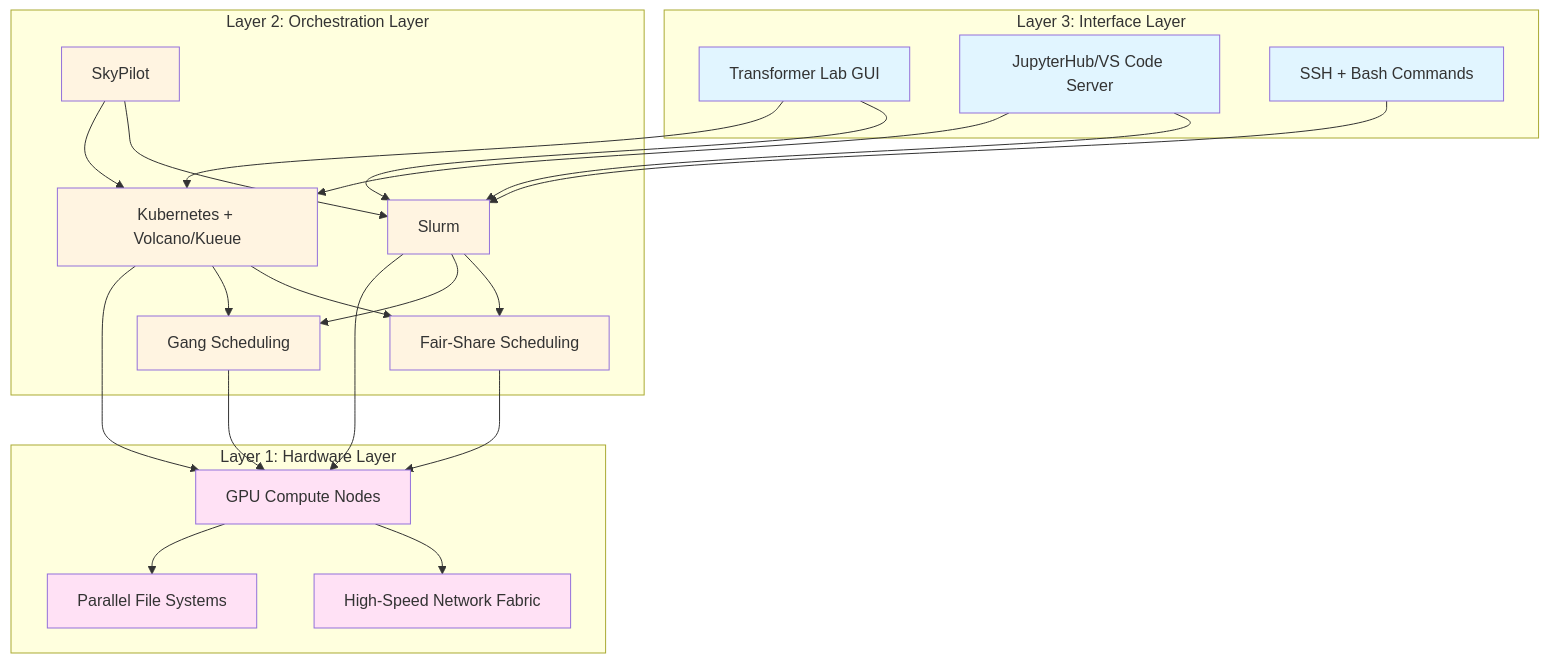
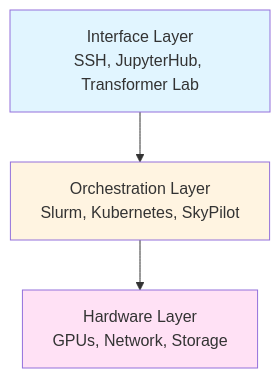
One commit to transformerlab/build-a-machine-learning-research-cluster changed the diagram in chapters/01-foundation.md. Above: the diagram before and after it, drawn with Mermaid. The commit also changed other lines of this file, not shown here.

Commit message:
simplify chapter 1

````diff
--- a/chapters/01-foundation.md
+++ b/chapters/01-foundation.md
@@ -60,52 +60,13 @@
 ```mermaid
 graph TB
-    subgraph "Layer 3: Interface Layer"
-        A[Transformer Lab GUI]
-        B[JupyterHub/VS Code Server]
-        C[SSH + Bash Commands]
-    end
+    A[Interface Layer<br/>SSH, JupyterHub, Transformer Lab]
+    B[Orchestration Layer<br/>Slurm, Kubernetes, SkyPilot]
+    C[Hardware Layer<br/>GPUs, Network, Storage]
     
-    subgraph "Layer 2: Orchestration Layer"
-        D[Slurm]
-        E[Kubernetes + Volcano/Kueue]
-        F[SkyPilot]
-        G[Fair-Share Scheduling]
-        H[Gang Scheduling]
-    end
-    
-    subgraph "Layer 1: Hardware Layer"
-        I[GPU Compute Nodes]
-        J[High-Speed Network Fabric]
-        K[Parallel File Systems]
-    end
-    
-    A --> D
-    A --> E
-    B --> D
-    B --> E
-    C --> D
-    D --> G
-    D --> H
-    E --> G
-    E --> H
-    F --> D
-    F --> E
-    G --> I
-    H --> I
-    D --> I
-    E --> I
-    I --> J
-    I --> K
+    A --> B
+    B --> C
     
     style A fill:#e1f5ff
-    style B fill:#e1f5ff
-    style C fill:#e1f5ff
-    style D fill:#fff4e1
-    style E fill:#fff4e1
-    style F fill:#fff4e1
-    style G fill:#fff4e1
-    style H fill:#fff4e1
-    style I fill:#ffe1f5
-    style J fill:#ffe1f5
-    style K fill:#ffe1f5
+    style B fill:#fff4e1
+    style C fill:#ffe1f5
 ```
````
